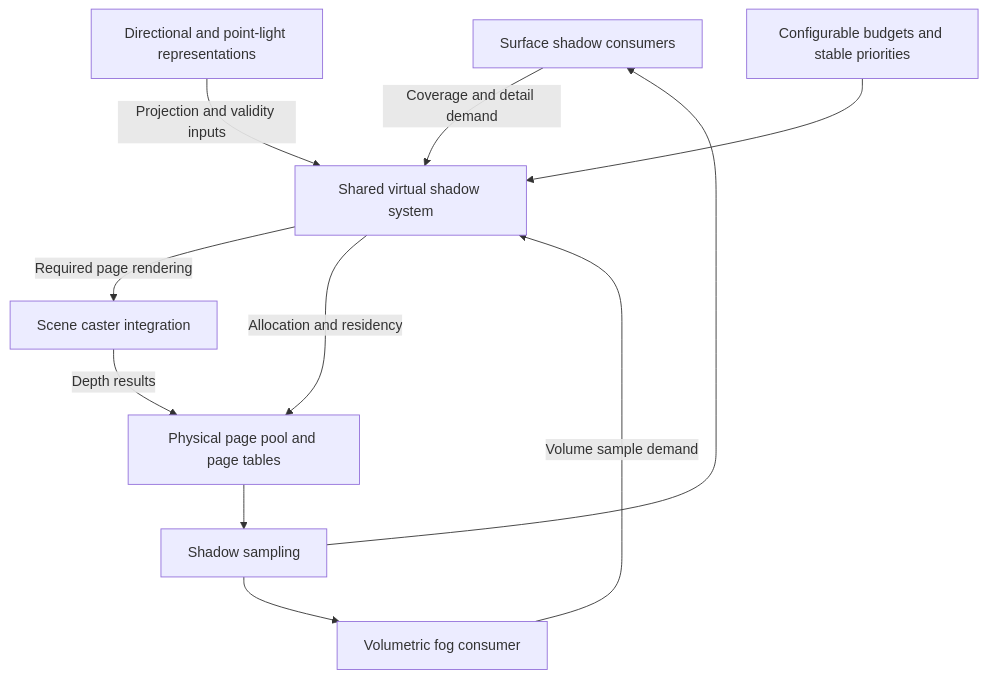
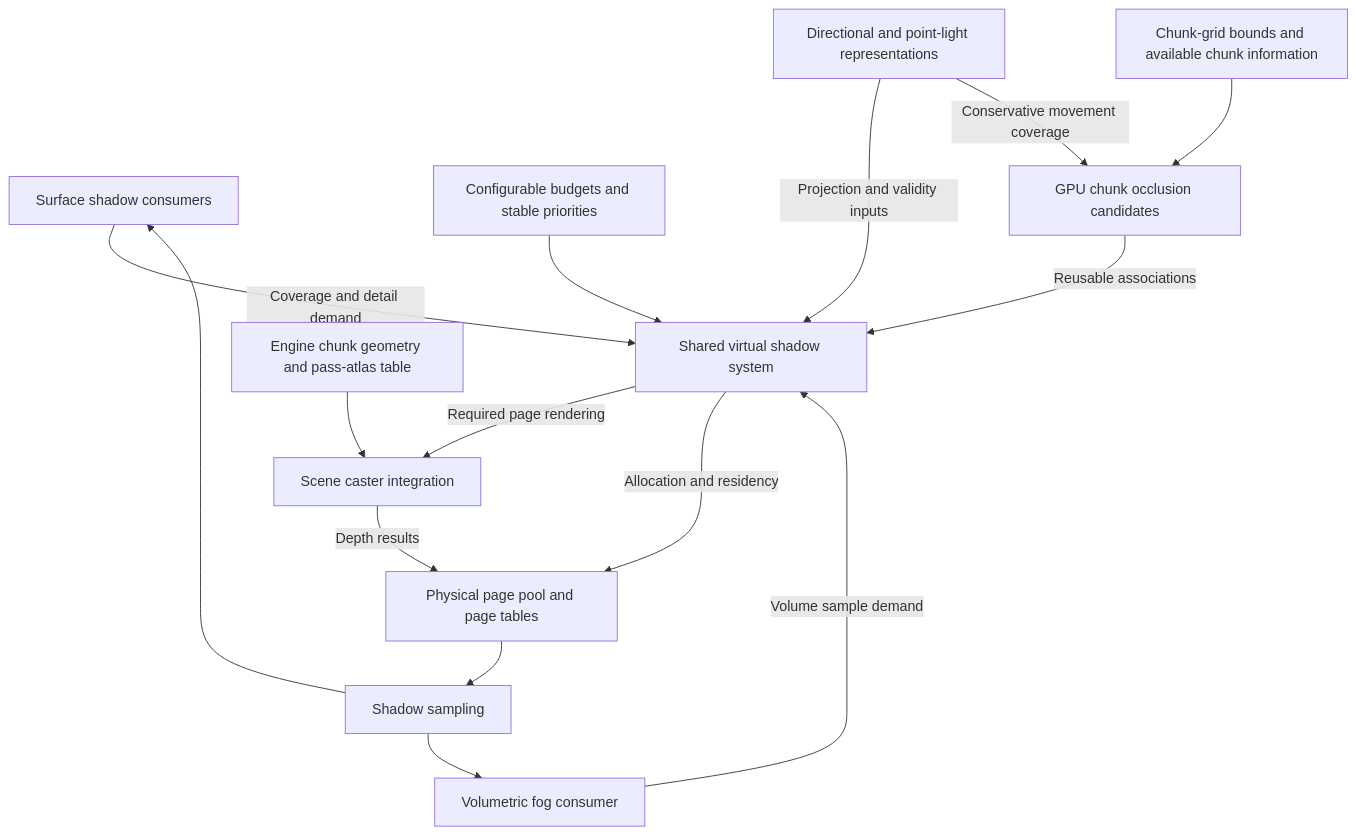
One commit to dsisco11/VanillaGraphicsExpanded changed the diagram in docs/Rendering.VirtualShadowMaps.Proposal.md. Above: the diagram before and after it, drawn with Mermaid. The commit also changed other lines of this file, not shown here.

````diff
--- a/docs/Rendering.VirtualShadowMaps.Proposal.md
+++ b/docs/Rendering.VirtualShadowMaps.Proposal.md
@@ -45,13 +82,17 @@
 ```mermaid
 flowchart TD
     Surfaces[Surface shadow consumers] -->|Coverage and detail demand| Shared[Shared virtual shadow system]
     Fog[Volumetric fog consumer] -->|Volume sample demand| Shared
     Lights[Directional and point-light representations] -->|Projection and validity inputs| Shared
     Policy[Configurable budgets and stable priorities] --> Shared
+    Chunks[Chunk-grid bounds and available chunk information] --> Candidates[GPU chunk occlusion candidates]
+    Lights -->|Conservative movement coverage| Candidates
+    Candidates -->|Reusable associations| Shared
     Shared -->|Required page rendering| Casters[Scene caster integration]
+    Engine[Engine chunk geometry and pass-atlas table] --> Casters
     Casters -->|Depth results| Pages[Physical page pool and page tables]
     Shared -->|Allocation and residency| Pages
     Pages --> Sampling[Shadow sampling]
     Sampling --> Surfaces
     Sampling --> Fog
 ```
````
